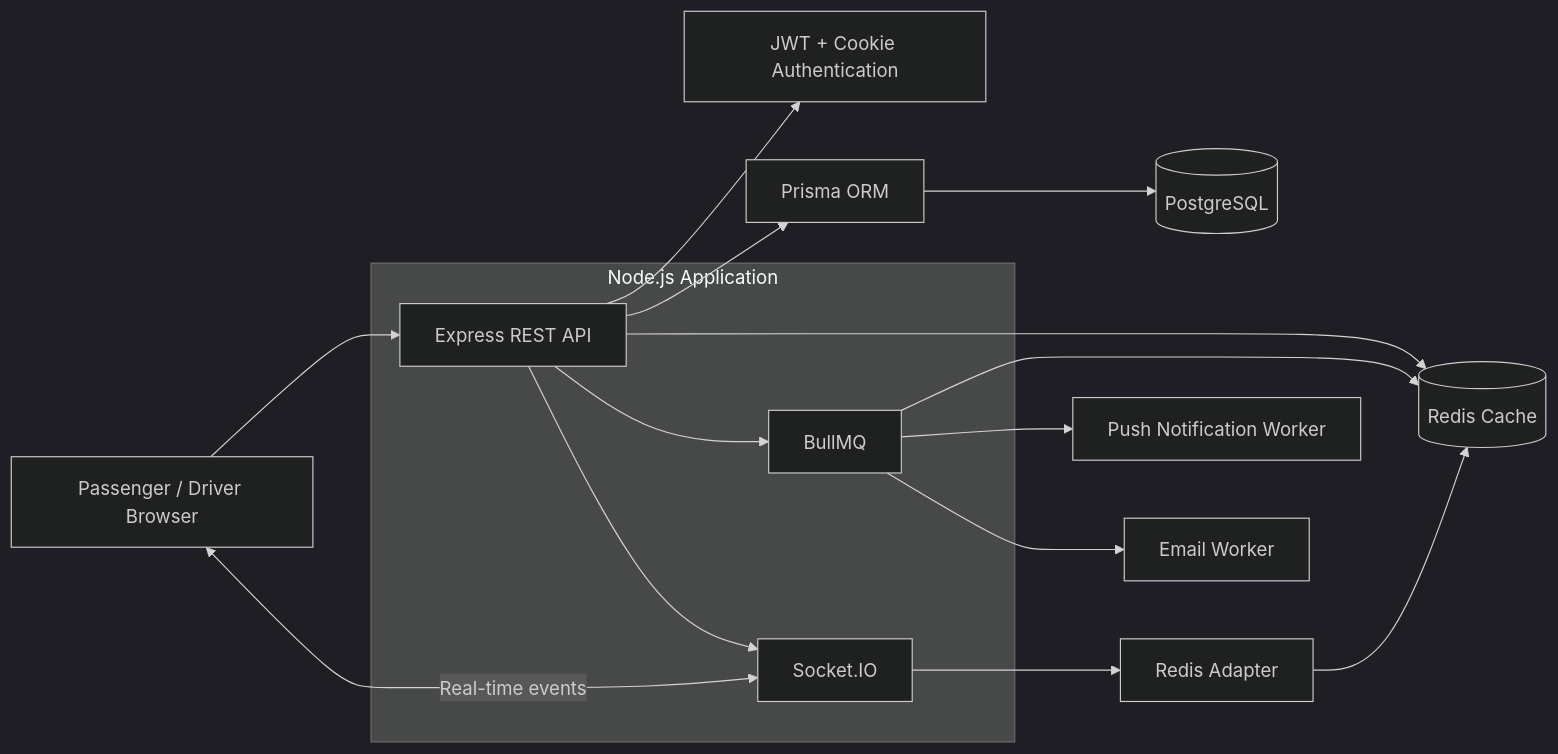
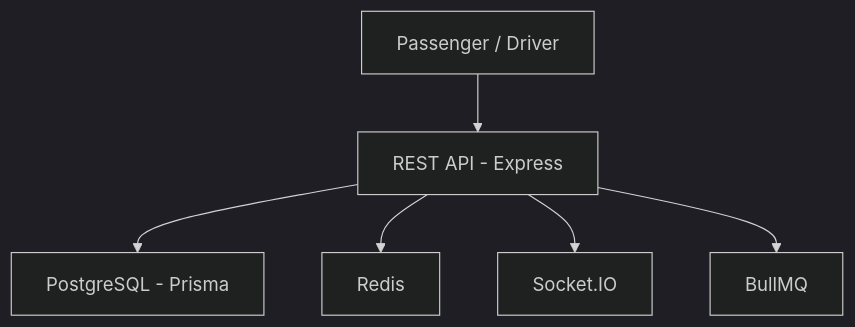
Before and after one commit to MahediHasanRiad/RST-Tesla--Backend-: the diagram in README.md, drawn with Mermaid (dark theme). The commit also changed other lines of this file and 6 other files, not shown here.

````diff
--- a/README.md
+++ b/README.md
@@ -138,26 +48,8 @@
 ```mermaid
-flowchart LR
-    U[Passenger / Driver Browser] --> API[Express REST API]
-    U <-->|Real-time events| SIO[Socket.IO]
-
-    API --> AUTH[JWT + Cookie Authentication]
-    API --> P[Prisma ORM]
-    P --> PG[(PostgreSQL)]
-
-    API --> R[(Redis Cache)]
-    API --> Q[BullMQ]
-    Q --> R
-
-    Q --> PN[Push Notification Worker]
-    Q --> EM[Email Worker]
-
-    API --> SIO
-    SIO --> RA[Redis Adapter]
-    RA --> R
-
-    subgraph Node.js Application
-      API
-      SIO
-      Q
-    end
+flowchart TD
+    A[Passenger / Driver] --> B[REST API - Express]
+    B --> C[PostgreSQL - Prisma]
+    B --> D[Redis]
+    B --> E[Socket.IO]
+    B --> F[BullMQ]
 ```
````
